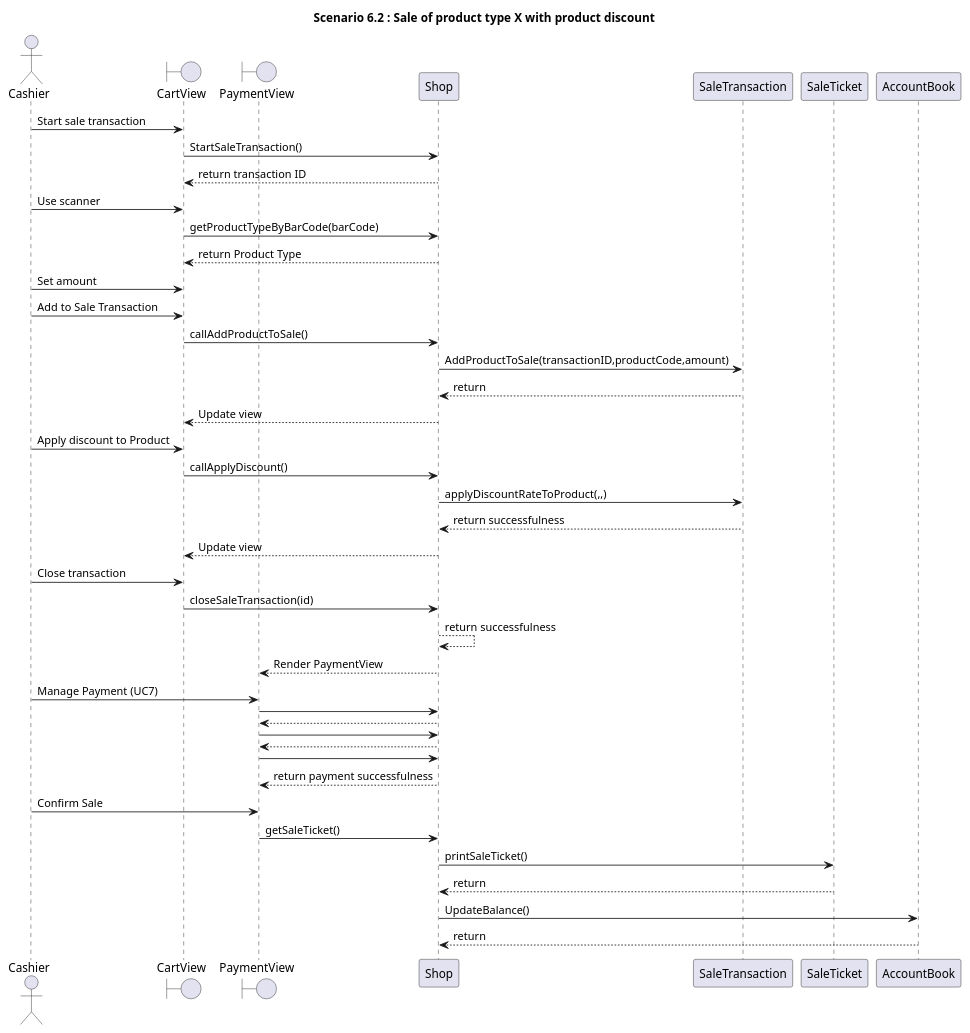
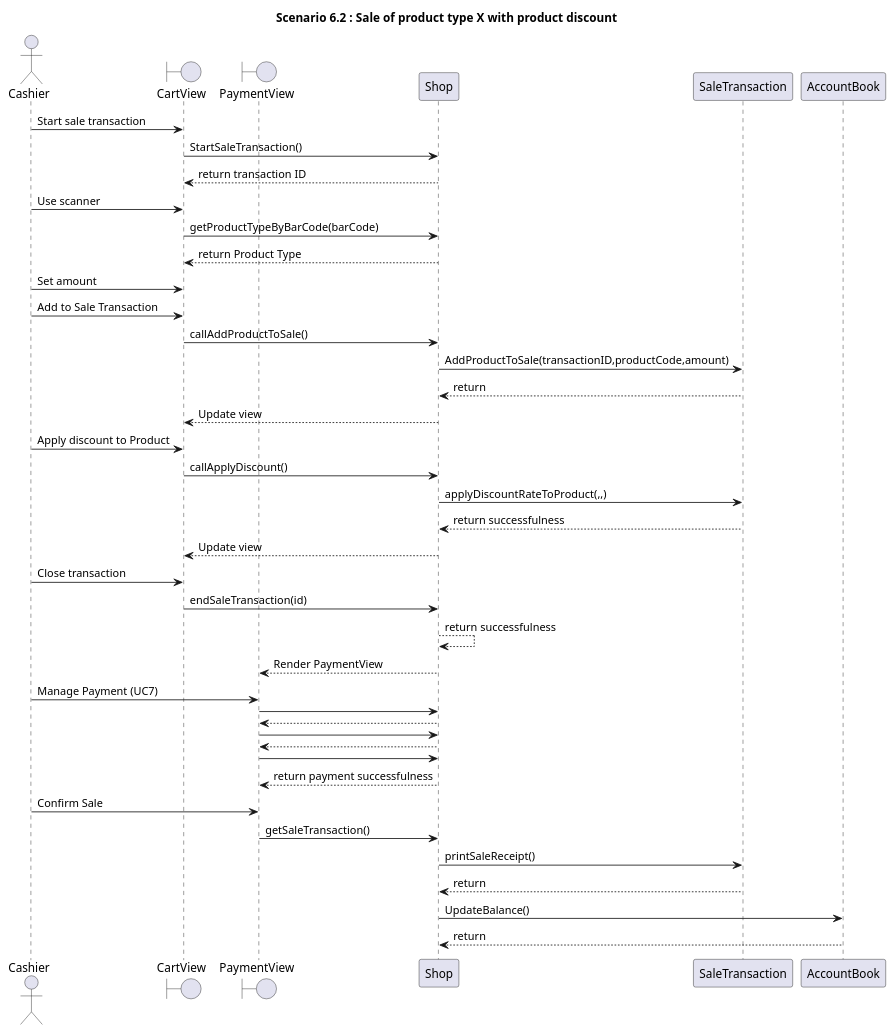
One commit to zitabou/EZShop changed diagram 18 of 31 in Deliverables/DesignDocument.md. Above: the diagram before and after it, drawn with PlantUML. The commit also changed other lines of this file, not shown here.

````diff
--- a/Deliverables/DesignDocument.md
+++ b/Deliverables/DesignDocument.md
@@ -604,47 +597,47 @@
 ```plantuml
 
 title
 **Scenario 6.2** : Sale of product type X with product discount
 end title
 
 actor Cashier
 Boundary CartView
 boundary PaymentView
 Cashier -> CartView: Start sale transaction
 CartView -> Shop: StartSaleTransaction()
 Shop --> CartView: return transaction ID
 Cashier -> CartView: Use scanner
 CartView ->  Shop: getProductTypeByBarCode(barCode) 
 Shop --> CartView: return Product Type
 
 Cashier -> CartView: Set amount
 Cashier -> CartView: Add to Sale Transaction
 CartView -> Shop: callAddProductToSale()
 Shop -> SaleTransaction: AddProductToSale(transactionID,productCode,amount)
 SaleTransaction --> Shop: return
 Shop --> CartView: Update view
 
 Cashier -> CartView: Apply discount to Product
 CartView -> Shop: callApplyDiscount()
 Shop -> SaleTransaction: applyDiscountRateToProduct(,,)
 SaleTransaction --> Shop: return successfulness
 Shop --> CartView: Update view
 
 Cashier -> CartView: Close transaction
-CartView -> Shop: closeSaleTransaction(id)
+CartView -> Shop: endSaleTransaction(id)
 Shop --> Shop: return successfulness
 Shop --> PaymentView: Render PaymentView
 Cashier -> PaymentView: Manage Payment (UC7)
 PaymentView -> Shop :
 Shop --> PaymentView :
 PaymentView -> Shop :
 Shop --> PaymentView :
 PaymentView -> Shop :
 Shop --> PaymentView : return payment successfulness
 Cashier -> PaymentView: Confirm Sale
-PaymentView -> Shop: getSaleTicket()
-Shop -> SaleTicket: printSaleTicket()
-SaleTicket --> Shop: return
+PaymentView -> Shop: getSaleTransaction()
+Shop -> SaleTransaction: printSaleReceipt()
+SaleTransaction --> Shop: return
 Shop -> AccountBook: UpdateBalance()
 AccountBook --> Shop: return
 ```
````
